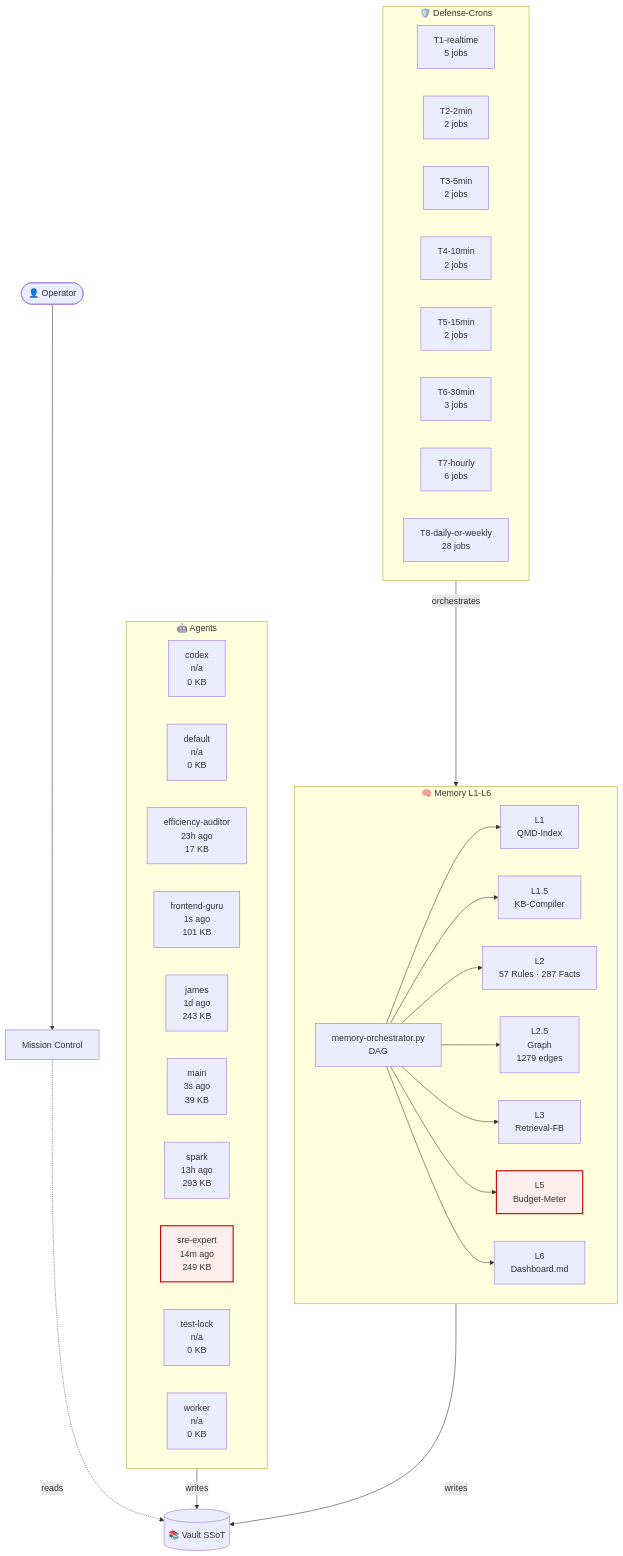
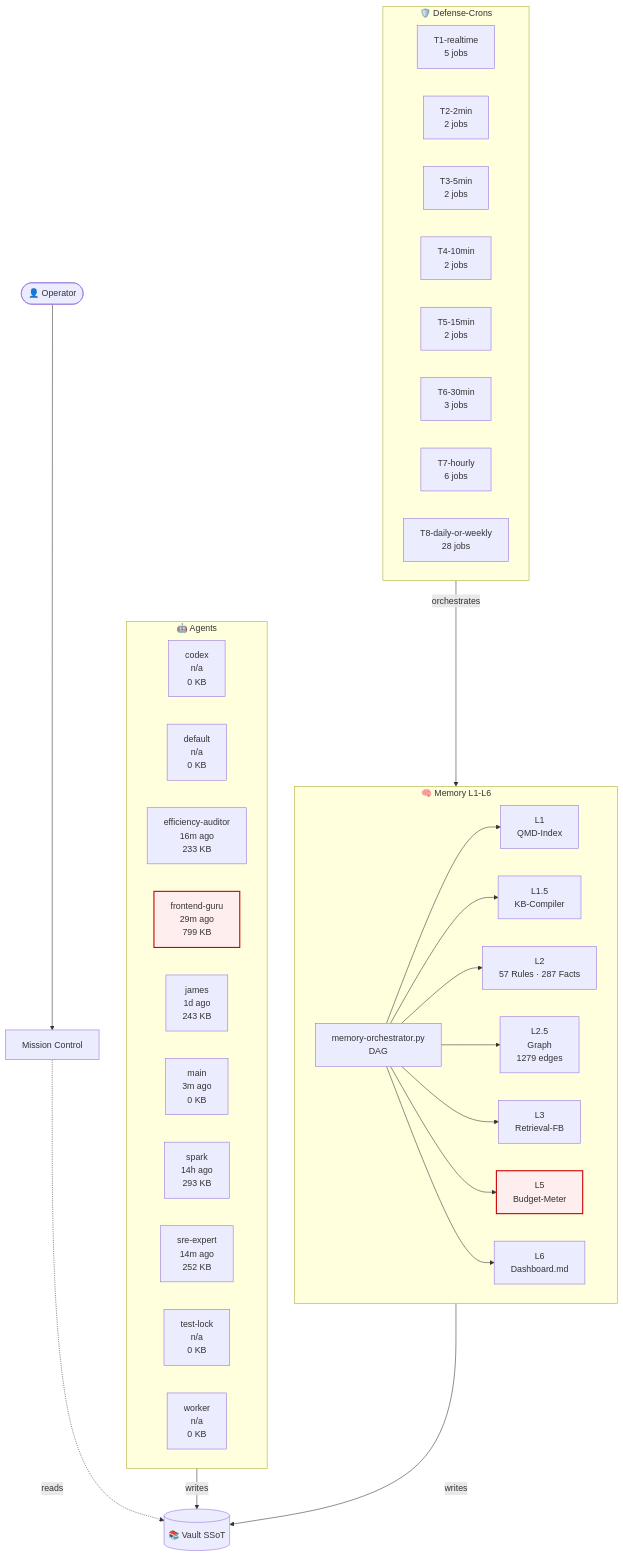
The diagram in 03-Agents/architecture-live.md (lenardhuebner88-rgb/openclaw-memory), drawn with Mermaid before and after one commit. The commit also changed other lines of this file and 3 other files, not shown here.

````diff
--- a/03-Agents/architecture-live.md
+++ b/03-Agents/architecture-live.md
@@ -18,53 +18,53 @@
 ```mermaid
 flowchart TB
     classDef critical fill:#fee,stroke:#c00,stroke-width:2px;
     subgraph AGT["🤖 Agents"]
         agent_codex["codex<br/>n/a<br/>0 KB"]
         agent_default["default<br/>n/a<br/>0 KB"]
-        agent_efficiency_auditor["efficiency-auditor<br/>23h ago<br/>17 KB"]
-        agent_frontend_guru["frontend-guru<br/>1s ago<br/>101 KB"]
+        agent_efficiency_auditor["efficiency-auditor<br/>16m ago<br/>233 KB"]
+        agent_frontend_guru["frontend-guru<br/>29m ago<br/>799 KB"]
         agent_james["james<br/>1d ago<br/>243 KB"]
-        agent_main["main<br/>3s ago<br/>39 KB"]
-        agent_spark["spark<br/>13h ago<br/>293 KB"]
-        agent_sre_expert["sre-expert<br/>14m ago<br/>249 KB"]
+        agent_main["main<br/>3m ago<br/>0 KB"]
+        agent_spark["spark<br/>14h ago<br/>293 KB"]
+        agent_sre_expert["sre-expert<br/>14m ago<br/>252 KB"]
         agent_test_lock["test-lock<br/>n/a<br/>0 KB"]
         agent_worker["worker<br/>n/a<br/>0 KB"]
     end
     subgraph MEM["🧠 Memory L1-L6"]
         L1["L1<br/>QMD-Index"]
         L15["L1.5<br/>KB-Compiler"]
         L2["L2<br/>57 Rules · 287 Facts"]
         L25["L2.5<br/>Graph<br/>1279 edges"]
         L3["L3<br/>Retrieval-FB"]
         L5["L5<br/>Budget-Meter"]
         L6["L6<br/>Dashboard.md"]
         ORCH["memory-orchestrator.py<br/>DAG"]
     end
     subgraph CRN["🛡️ Defense-Crons"]
         tier_T1_realtime["T1-realtime<br/>5 jobs"]
         tier_T2_2min["T2-2min<br/>2 jobs"]
         tier_T3_5min["T3-5min<br/>2 jobs"]
         tier_T4_10min["T4-10min<br/>2 jobs"]
         tier_T5_15min["T5-15min<br/>2 jobs"]
         tier_T6_30min["T6-30min<br/>3 jobs"]
         tier_T7_hourly["T7-hourly<br/>6 jobs"]
         tier_T8_daily_or_weekly["T8-daily-or-weekly<br/>28 jobs"]
     end
     VAULT[("📚 Vault SSoT")]
     OP([👤 Operator])
     MC["Mission Control"]
     OP --> MC
     MC -.reads.-> VAULT
     AGT -->|writes| VAULT
     MEM -->|writes| VAULT
     ORCH --> L1
     ORCH --> L15
     ORCH --> L2
     ORCH --> L25
     ORCH --> L3
     ORCH --> L5
     ORCH --> L6
     CRN -->|orchestrates| MEM
     class L5 critical
-    class agent_sre_expert critical
+    class agent_frontend_guru critical
 ```
````
